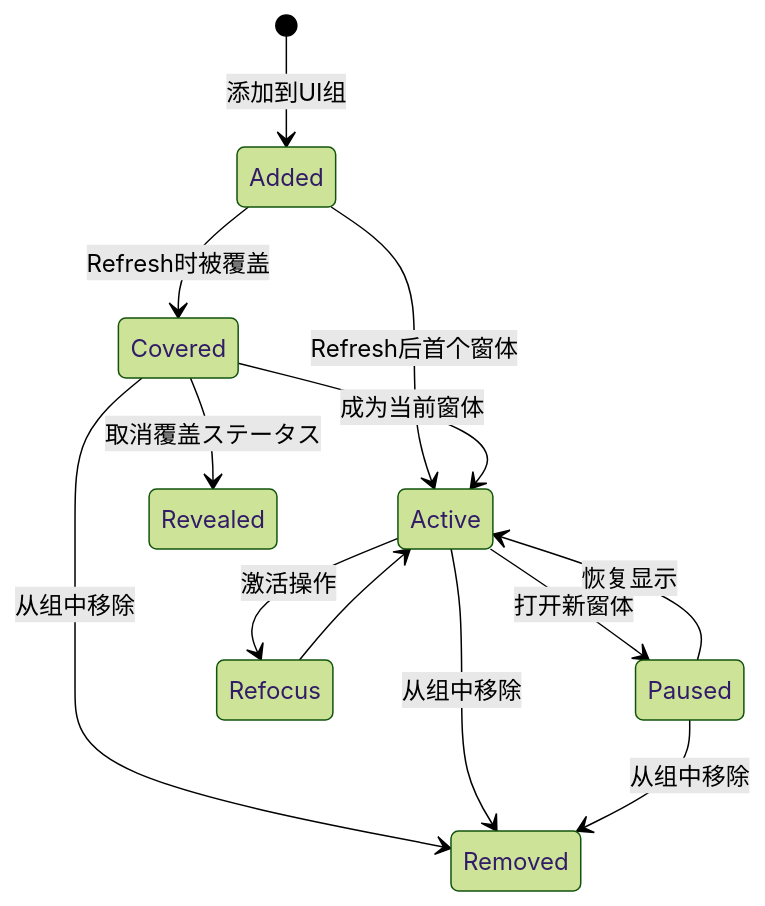
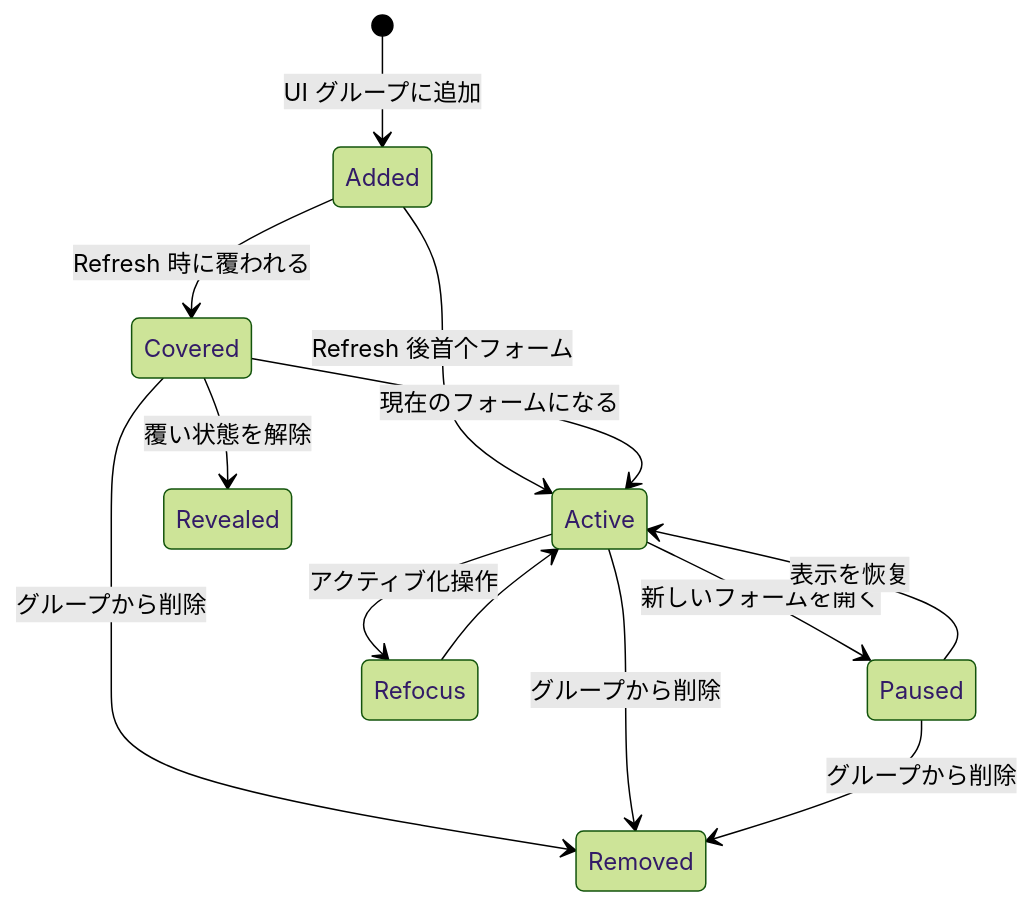
Before and after one commit to AlianBlank/GameFrameX.Docs: the second of 4 diagrams in docs/ja/client/unity/component/ui/07.ui-group.md, drawn with Mermaid (forest theme). The commit also changed other lines of this file and 320 other files, not shown here.

````diff
--- a/docs/ja/client/unity/component/ui/07.ui-group.md
+++ b/docs/ja/client/unity/component/ui/07.ui-group.md
@@ -154,20 +154,19 @@
 ```mermaid
 stateDiagram-v2
-    [*] --> Added: 添加到UI组
+    [*] --> Added: UI グループに追加
     
-    Added --> Active: Refresh后首个窗体
-    Added --> Covered: Refresh时被覆盖
+    Added --> Active: Refresh 後首个フォーム
+    Added --> Covered: Refresh 時に覆われる
     
-    Covered --> Active: 成为当前窗体
-    Covered --> Revealed: 取消覆盖ステータス
+    Covered --> Active: 現在のフォームになる
+    Covered --> Revealed: 覆い状態を解除
     
-    Active --> Paused: 打开新窗体
-    Paused --> Active: 恢复显示
-    
-    Active --> Refocus: 激活操作
+    Active --> Paused: 新しいフォームを開く
+    Paused --> Active: 表示を恢复
+    Active --> Refocus: アクティブ化操作
     Refocus --> Active
     
-    Covered --> Removed: 从组中移除
-    Active --> Removed: 从组中移除
-    Paused --> Removed: 从组中移除
+    Covered --> Removed: グループから削除
+    Active --> Removed: グループから削除
+    Paused --> Removed: グループから削除
 ```
````
